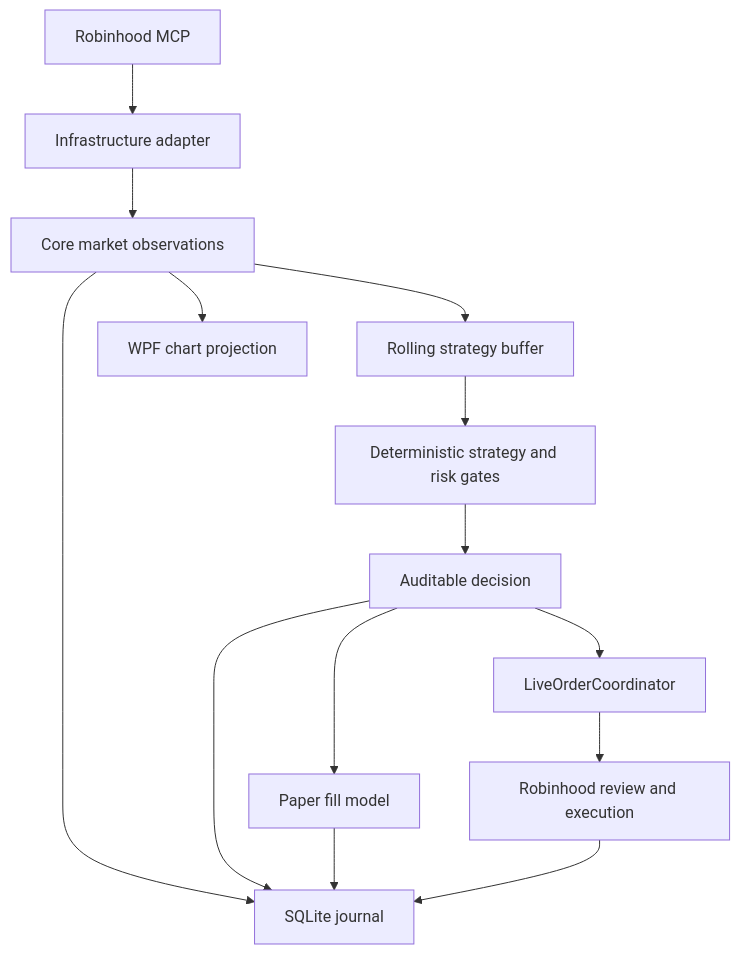
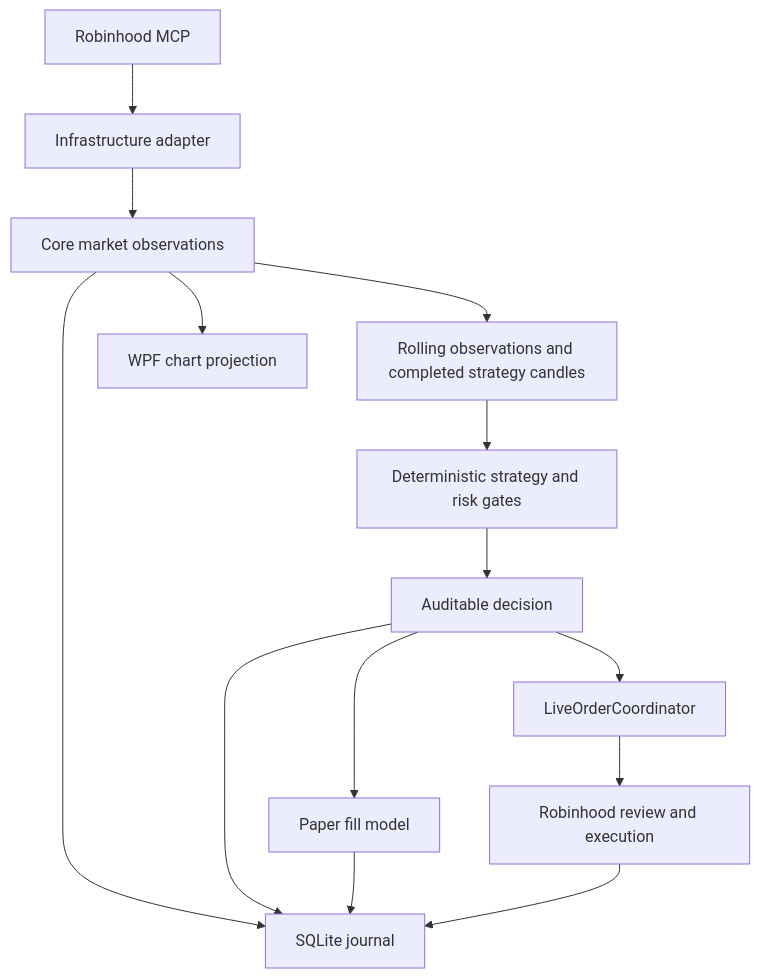
One commit to abiemann/PriceSentinel3000 changed the second of 2 diagrams in docs/architecture.md. Above: the diagram before and after it, drawn with Mermaid. The commit also changed other lines of this file and 5 other files, not shown here.

````diff
--- a/docs/architecture.md
+++ b/docs/architecture.md
@@ -75,16 +80,16 @@
 ```mermaid
 flowchart TD
     Robinhood[Robinhood MCP] --> Adapter[Infrastructure adapter]
     Adapter --> Observation[Core market observations]
-    Observation --> Buffer[Rolling strategy buffer]
+    Observation --> Buffer[Rolling observations and completed strategy candles]
     Buffer --> Strategy[Deterministic strategy and risk gates]
     Strategy --> Decision[Auditable decision]
     Decision --> Paper[Paper fill model]
     Decision --> Live[LiveOrderCoordinator]
     Live --> Review[Robinhood review and execution]
     Observation --> Chart[WPF chart projection]
     Observation --> Journal[SQLite journal]
     Decision --> Journal[SQLite journal]
     Paper --> Journal
     Review --> Journal
 ```
````
